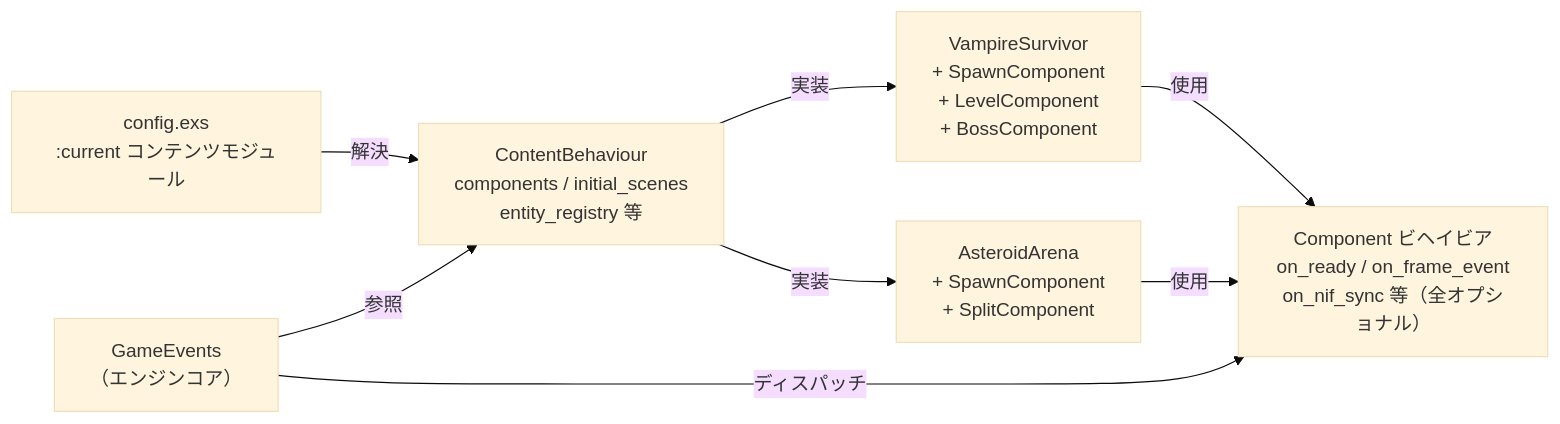
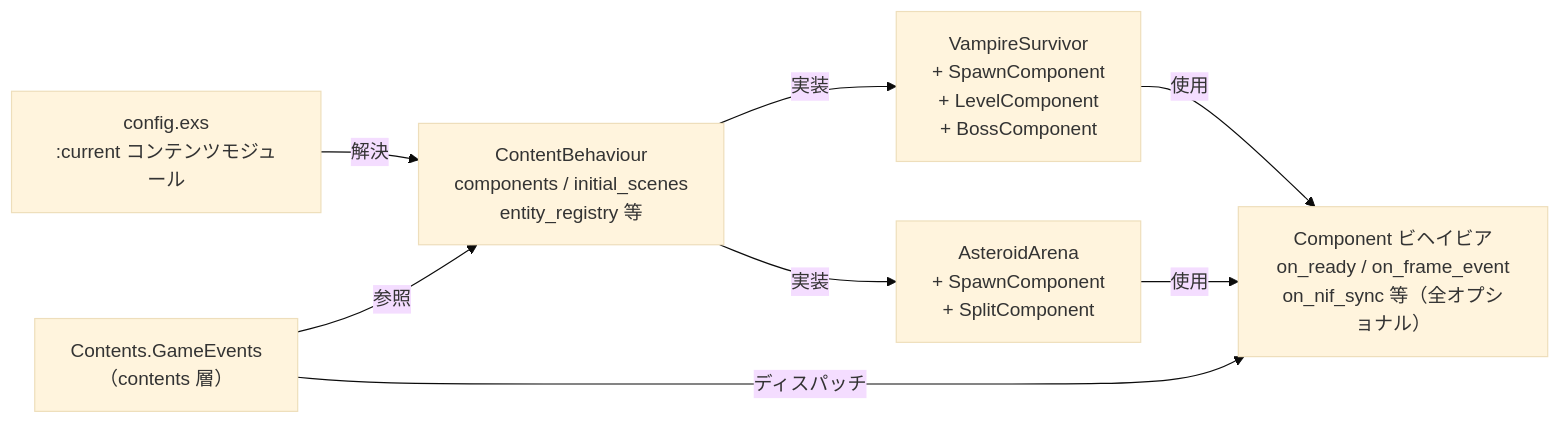
The fourth of 4 diagrams in docs/architecture-overview.md (FRICK-ELDY/alchemy-engine), drawn with Mermaid (base theme) before and after one commit. The commit also changed other lines of this file and 8 other files, not shown here.

Commit message:
refactor: migrate GameEvents to contents and update docs

````diff
--- a/docs/architecture-overview.md
+++ b/docs/architecture-overview.md
@@ -274,17 +274,17 @@
 ```mermaid
 graph LR
     CFG["config.exs\n:current コンテンツモジュール"]
     CB["ContentBehaviour\ncomponents / initial_scenes\nentity_registry 等"]
     COMP["Component ビヘイビア\non_ready / on_frame_event\non_nif_sync 等（全オプショナル）"]
-    GE["GameEvents\n（エンジンコア）"]
+    GE["Contents.GameEvents\n（contents 層）"]
     VS["VampireSurvivor\n+ SpawnComponent\n+ LevelComponent\n+ BossComponent"]
     AA["AsteroidArena\n+ SpawnComponent\n+ SplitComponent"]
 
     CFG -->|解決| CB
     CB -->|実装| VS
     CB -->|実装| AA
     VS -->|使用| COMP
     AA -->|使用| COMP
     GE -->|参照| CB
     GE -->|ディスパッチ| COMP
 ```
````
